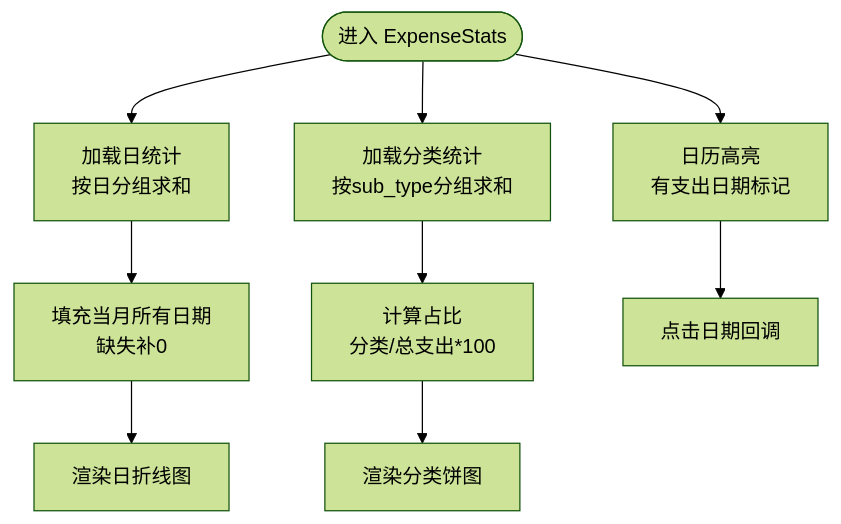
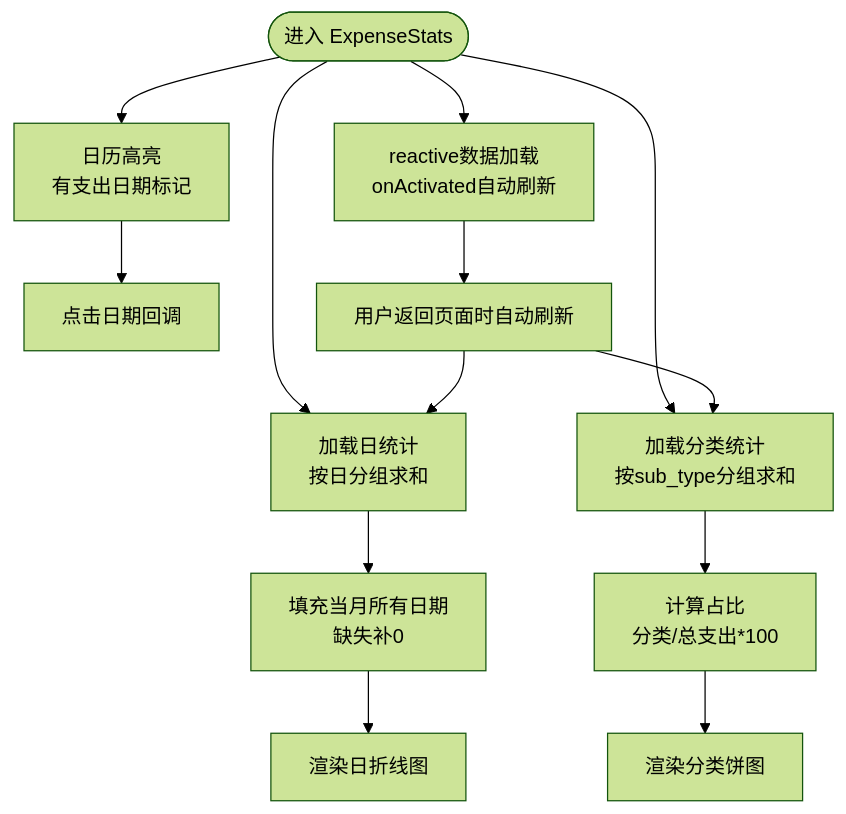
Before and after one commit to xiao-lin-unit/yuan: the third of 7 diagrams in .qoder/repowiki/zh/content/支出管理/支出统计分析.md, drawn with Mermaid (forest theme). The commit also changed other lines of this file and 9 other files, not shown here.

````diff
--- a/.qoder/repowiki/zh/content/支出管理/支出统计分析.md
+++ b/.qoder/repowiki/zh/content/支出管理/支出统计分析.md
@@ -138,11 +140,15 @@
 ```mermaid
 flowchart TD
 Start(["进入 ExpenseStats"]) --> LoadDaily["加载日统计<br/>按日分组求和"]
 LoadDaily --> FillMonth["填充当月所有日期<br/>缺失补0"]
 FillMonth --> RenderDaily["渲染日折线图"]
 Start --> LoadCat["加载分类统计<br/>按sub_type分组求和"]
 LoadCat --> CalcPercent["计算占比<br/>分类/总支出*100"]
 CalcPercent --> RenderPie["渲染分类饼图"]
 Start --> Calendar["日历高亮<br/>有支出日期标记"]
 Calendar --> Click["点击日期回调"]
+Start --> Reactive["reactive数据加载<br/>onActivated自动刷新"]
+Reactive --> AutoRefresh["用户返回页面时自动刷新"]
+AutoRefresh --> LoadDaily
+AutoRefresh --> LoadCat
 ```
````
